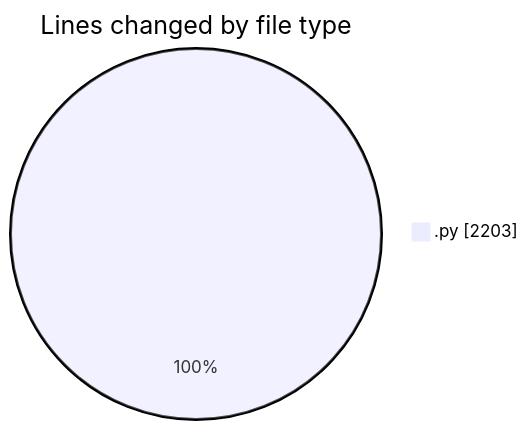
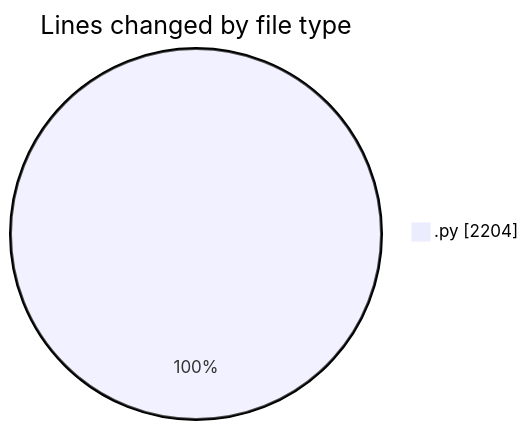
The first of 2 diagrams in 2026-04-02/ai-programming-assignment-4/README.md (Unknowalive/code-tracking), drawn with Mermaid before and after one commit. The commit also changed other lines of this file and 1 other file, not shown here.

````diff
--- a/2026-04-02/ai-programming-assignment-4/README.md
+++ b/2026-04-02/ai-programming-assignment-4/README.md
@@ -29,5 +29,5 @@
 ```mermaid
 pie showData
 title Lines changed by file type
-".py" : 2203
+".py" : 2204
 ```
````
